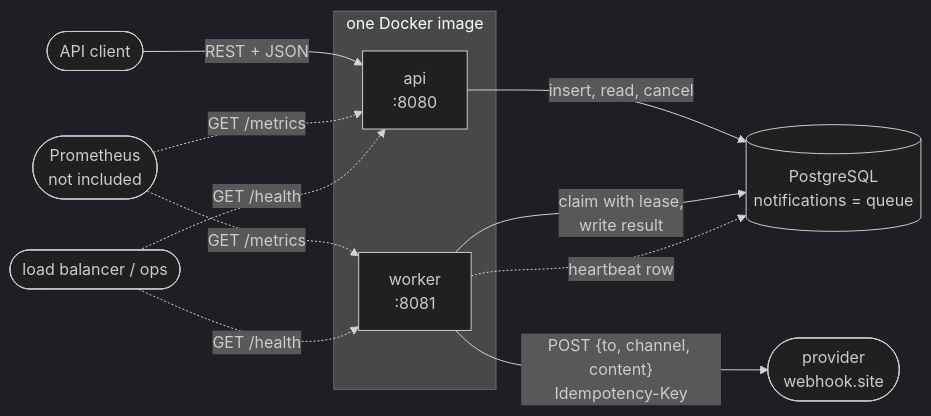
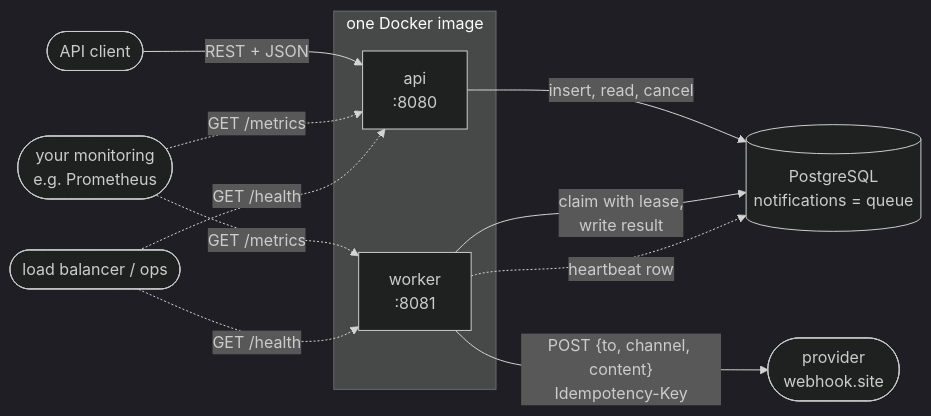
The diagram in README.md (asrasari/notification-service), drawn with Mermaid (dark theme) before and after one commit.

Commit message:
docs(readme): show "your monitoring, e.g. Prometheus" in the diagram
Claude-Session: https://claude.ai/code/session_01T9C4fTzUcVPDBVY3wTT6GH

````diff
--- a/README.md
+++ b/README.md
@@ -13,16 +13,16 @@
 ```mermaid
 flowchart LR
     client([API client]) -->|REST + JSON| api
     subgraph image [one Docker image]
         api[api<br/>:8080]
         worker[worker<br/>:8081]
     end
     api -->|insert, read, cancel| pg[(PostgreSQL<br/>notifications = queue)]
     worker -->|claim with lease,<br/>write result| pg
     worker -->|"POST {to, channel, content}<br/>Idempotency-Key"| provider([provider<br/>webhook.site])
     worker -.->|heartbeat row| pg
-    prom([Prometheus<br/>not included]) -.->|GET /metrics| api
-    prom -.->|GET /metrics| worker
+    monitoring([your monitoring<br/>e.g. Prometheus]) -.->|GET /metrics| api
+    monitoring -.->|GET /metrics| worker
     ops([load balancer / ops]) -.->|GET /health| api
     ops -.->|GET /health| worker
 ```
````
